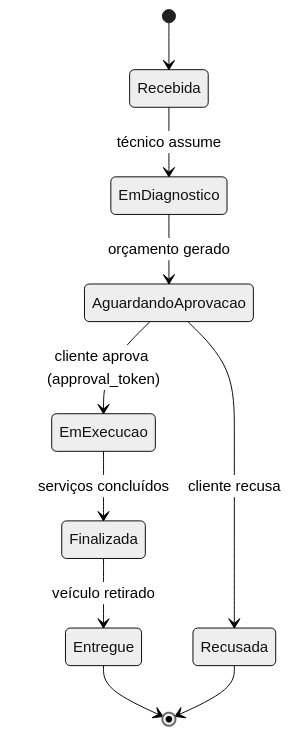
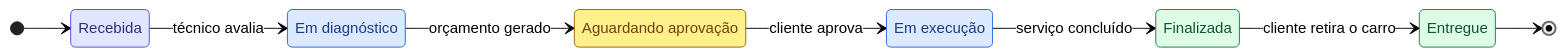
One commit to Lorenalgm/oficina_mecanica changed the second of 2 diagrams in docs/arquitetura/sequencia-abertura-os.md. Above: the diagram before and after it, drawn with Mermaid (neutral theme). The commit also changed other lines of this file and 6 other files, not shown here.

First line of the commit message:
docs: README da Fase 3, diagrama ER e diagramas revisados

````diff
--- a/docs/arquitetura/sequencia-abertura-os.md
+++ b/docs/arquitetura/sequencia-abertura-os.md
@@ -55,12 +45,24 @@
 ```mermaid
 stateDiagram-v2
+    direction LR
     [*] --> Recebida
-    Recebida --> EmDiagnostico: técnico assume
+    Recebida --> EmDiagnostico: técnico avalia
     EmDiagnostico --> AguardandoAprovacao: orçamento gerado
-    AguardandoAprovacao --> EmExecucao: cliente aprova (approval_token)
-    AguardandoAprovacao --> Recusada: cliente recusa
-    EmExecucao --> Finalizada: serviços concluídos
-    Finalizada --> Entregue: veículo retirado
+    AguardandoAprovacao --> EmExecucao: cliente aprova
+    EmExecucao --> Finalizada: serviço concluído
+    Finalizada --> Entregue: cliente retira o carro
     Entregue --> [*]
-    Recusada --> [*]
+
+    EmDiagnostico: Em diagnóstico
+    AguardandoAprovacao: Aguardando aprovação
+    EmExecucao: Em execução
+
+    classDef inicio fill:#e0e7ff,stroke:#4f46e5,color:#312e81
+    classDef espera fill:#fef08a,stroke:#a16207,color:#713f12
+    classDef trabalho fill:#dbeafe,stroke:#2563eb,color:#1e3a8a
+    classDef fim fill:#dcfce7,stroke:#15803d,color:#14532d
+    class Recebida inicio
+    class AguardandoAprovacao espera
+    class EmDiagnostico,EmExecucao trabalho
+    class Finalizada,Entregue fim
 ```
````
